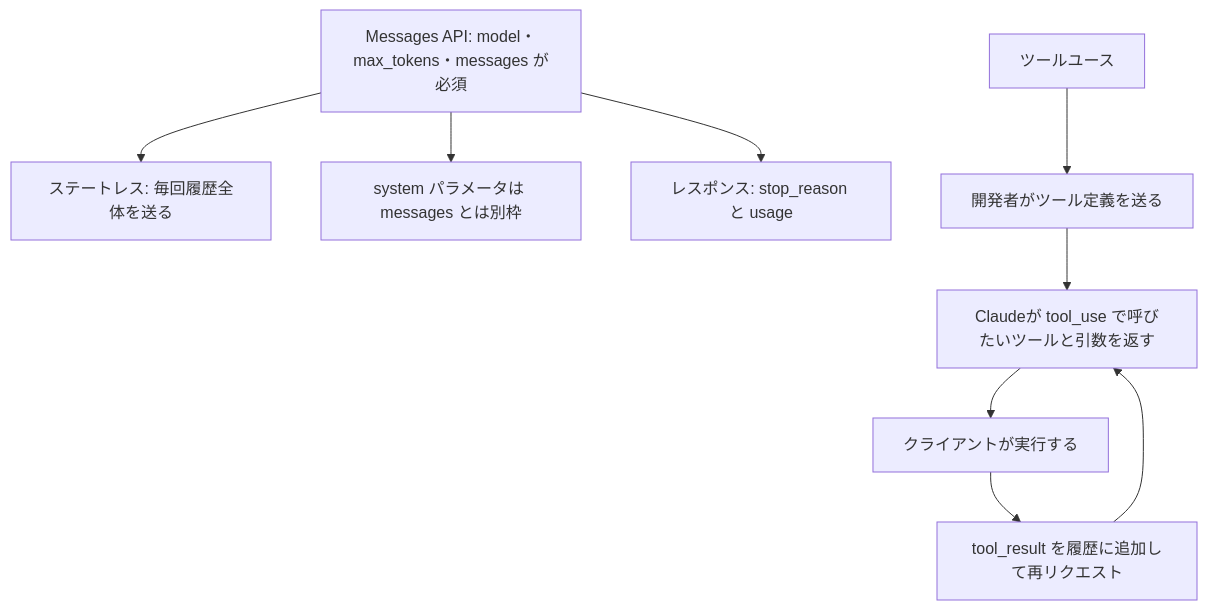
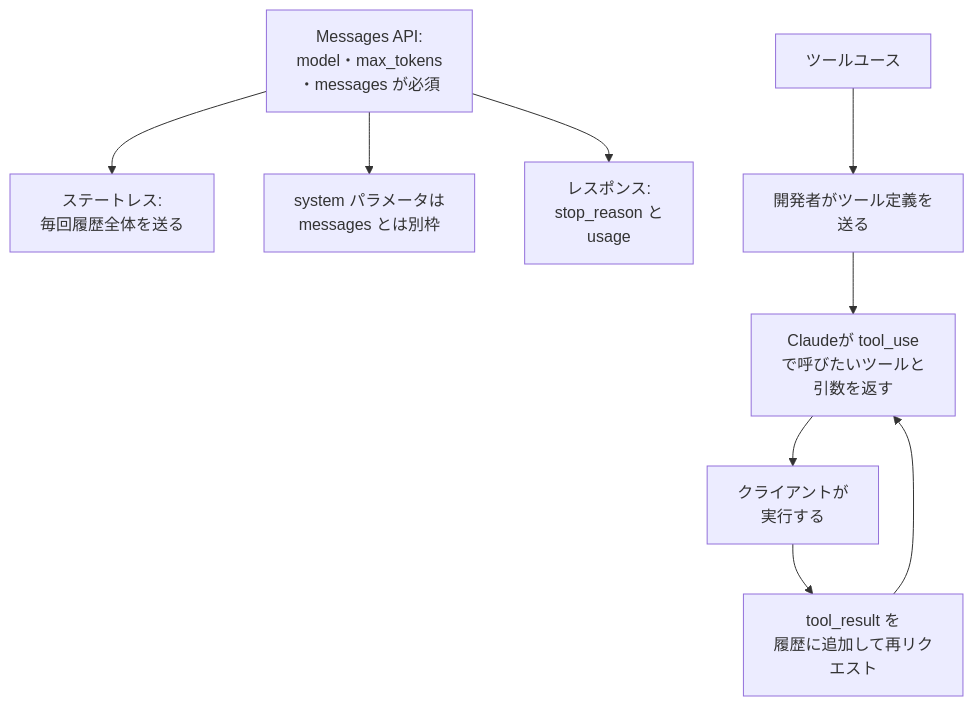
One commit to shingo0321/study changed the second of 9 diagrams in claude/developer-foundations/overview.md. Above: the diagram before and after it, drawn with Mermaid. The commit also changed other lines of this file and 5 other files, not shown here.

First line of the commit message:
Mermaid俯瞰図を横スクロールなしで表示できるよう調整

````diff
--- a/claude/developer-foundations/overview.md
+++ b/claude/developer-foundations/overview.md
@@ -43,11 +43,11 @@
 ```mermaid
 flowchart TD
-  M["Messages API: model・max_tokens・messages が必須"] --> ST["ステートレス: 毎回履歴全体を送る"]
-  M --> SY["system パラメータは messages とは別枠"]
-  M --> RS["レスポンス: stop_reason と usage"]
-  T["ツールユース"] --> T1["開発者がツール定義を送る"]
-  T1 --> T2["Claudeが tool_use で呼びたいツールと引数を返す"]
-  T2 --> T3["クライアントが実行する"]
-  T3 --> T4["tool_result を履歴に追加して再リクエスト"]
+  M["Messages API:<br/>model・max_tokens<br/>・messages が必須"] --> ST["ステートレス:<br/>毎回履歴全体を送る"]
+  M --> SY["system パラメータは<br/>messages とは別枠"]
+  M --> RS["レスポンス:<br/>stop_reason と<br/>usage"]
+  T["ツールユース"] --> T1["開発者がツール定義を<br/>送る"]
+  T1 --> T2["Claudeが tool_use<br/>で呼びたいツールと<br/>引数を返す"]
+  T2 --> T3["クライアントが<br/>実行する"]
+  T3 --> T4["tool_result を<br/>履歴に追加して再リク<br/>エスト"]
   T4 --> T2
 ```
````
